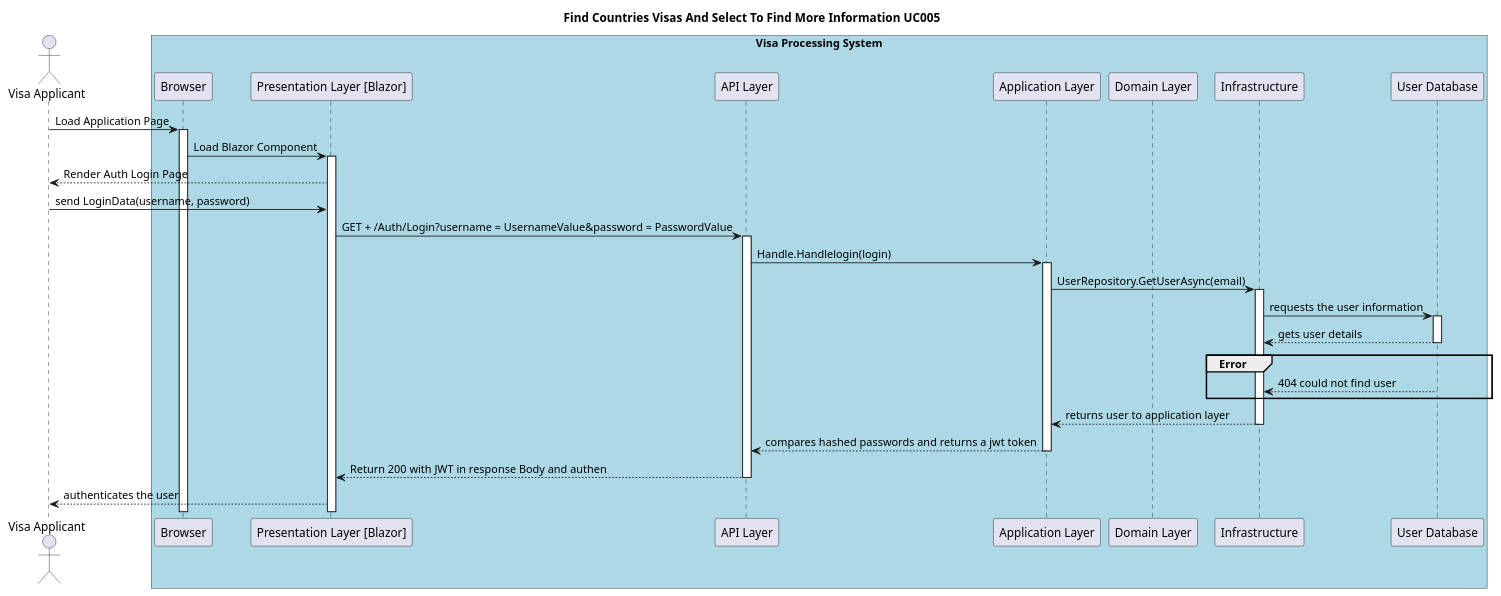
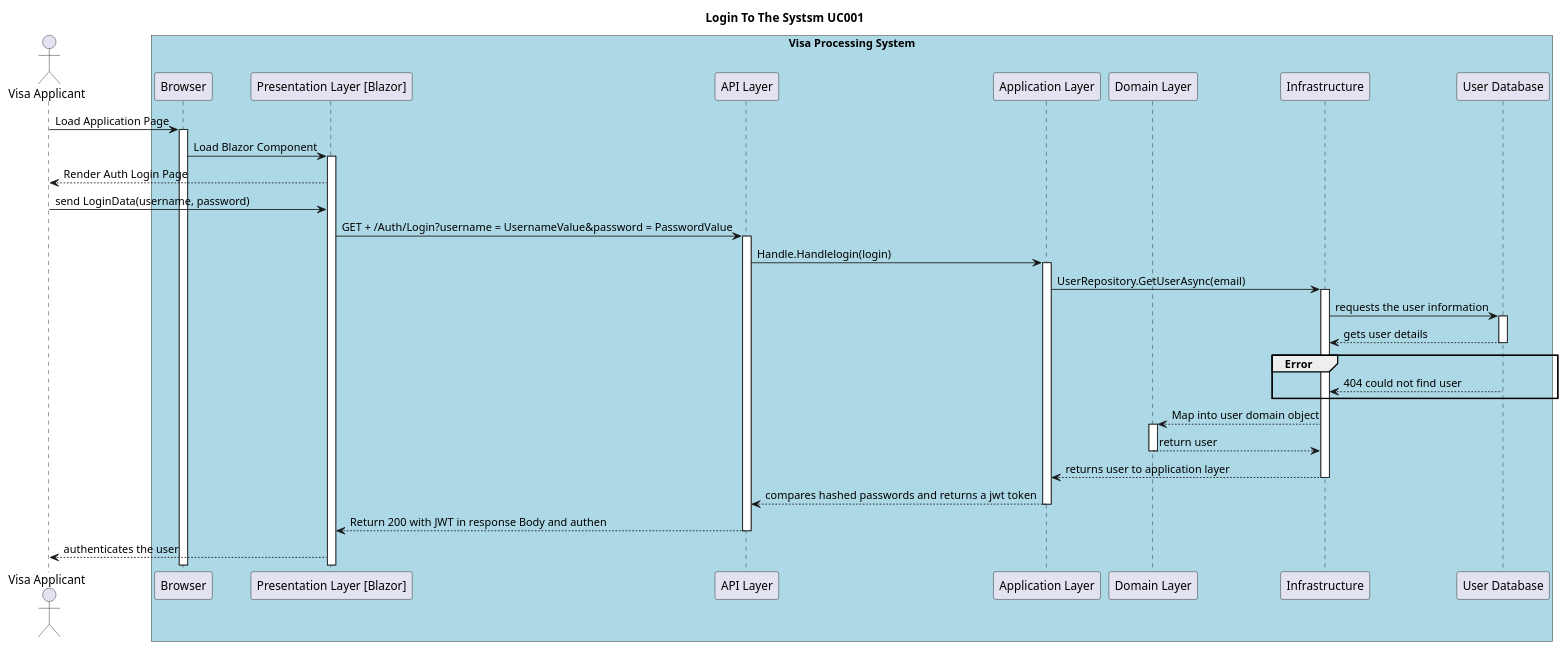
The diagram in docs/diagrams/Behaviour/Login-To-The-System-Sequence-Diagram.puml (kierenadkins/Software-Architecture), drawn with PlantUML before and after one commit. The commit also changed 38 other files, not shown here.

```diff
--- a/docs/diagrams/Behaviour/Login-To-The-System-Sequence-Diagram.puml
+++ b/docs/diagrams/Behaviour/Login-To-The-System-Sequence-Diagram.puml
@@ -1,56 +1,62 @@
 @startuml
 
-title Find Countries Visas And Select To Find More Information UC005
+title Login To The Systsm UC001
 
 actor "Visa Applicant" as VisaApplicant
 
 box "Visa Processing System" #LightBlue
     participant "Browser" as Browser
     participant "Presentation Layer [Blazor]" as Presentation
     participant "API Layer" as ApiLayer  
     participant "Application Layer" as Application
     participant "Domain Layer" as Domain
     participant "Infrastructure" as Infrastructure  
     participant "User Database" as External
 
     VisaApplicant -> Browser: Load Application Page
     activate Browser
 
     Browser -> Presentation: Load Blazor Component
     activate Presentation
 
     Presentation --> VisaApplicant: Render Auth Login Page
 
     VisaApplicant -> Presentation: send LoginData(username, password)
 
     Presentation -> ApiLayer  : GET + /Auth/Login?username = UsernameValue&password = PasswordValue
     activate ApiLayer  
 
     ApiLayer   -> Application: Handle.Handlelogin(login)
     activate Application
 
     Application -> Infrastructure  : UserRepository.GetUserAsync(email)
     activate Infrastructure  
 
     Infrastructure   -> External: requests the user information
     activate External
 
     External --> Infrastructure  : gets user details
     deactivate External
 
     group Error
     External --> Infrastructure: 404 could not find user
     end
 
+    Infrastructure --> Domain  : Map into user domain object
+    activate Domain
+
+    Domain --> Infrastructure  : return user
+    deactivate Domain
+
     Infrastructure   --> Application: returns user to application layer
     deactivate Infrastructure   
 
     Application --> ApiLayer  : compares hashed passwords and returns a jwt token
     deactivate Application
 
     ApiLayer   --> Presentation: Return 200 with JWT in response Body and authen
     deactivate ApiLayer   
 
     Presentation --> VisaApplicant: authenticates the user
 end box
 @enduml
```
